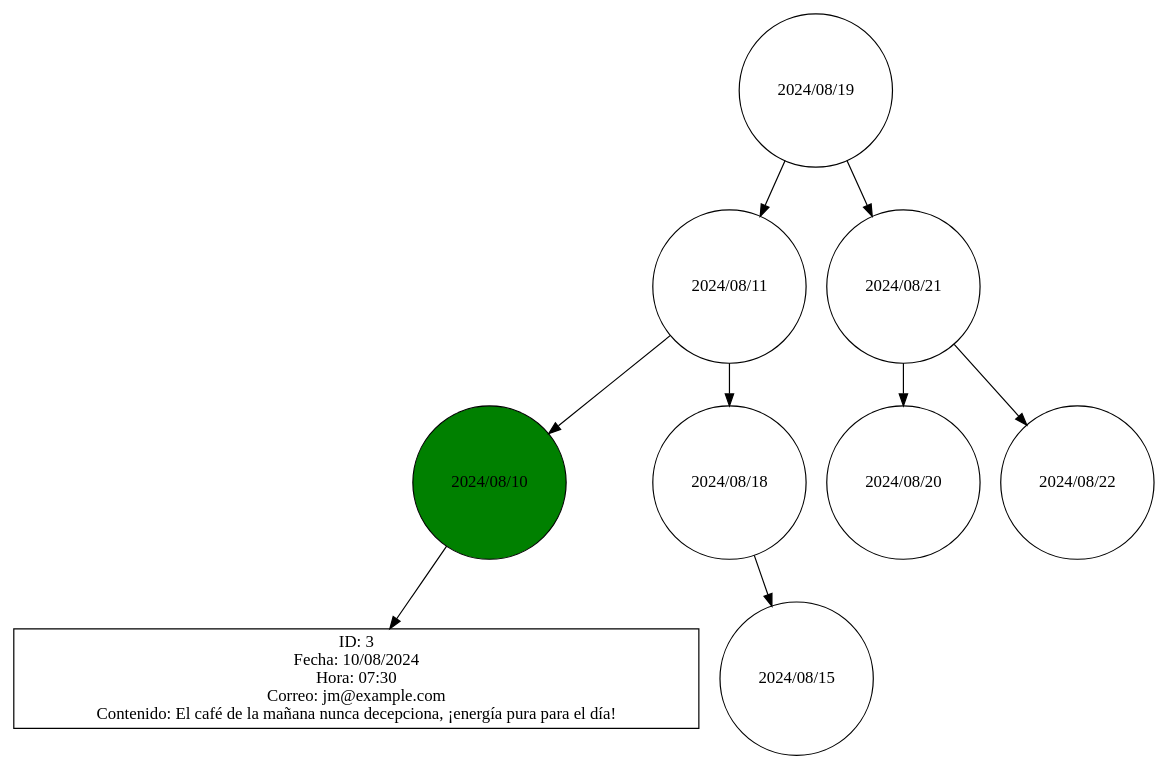
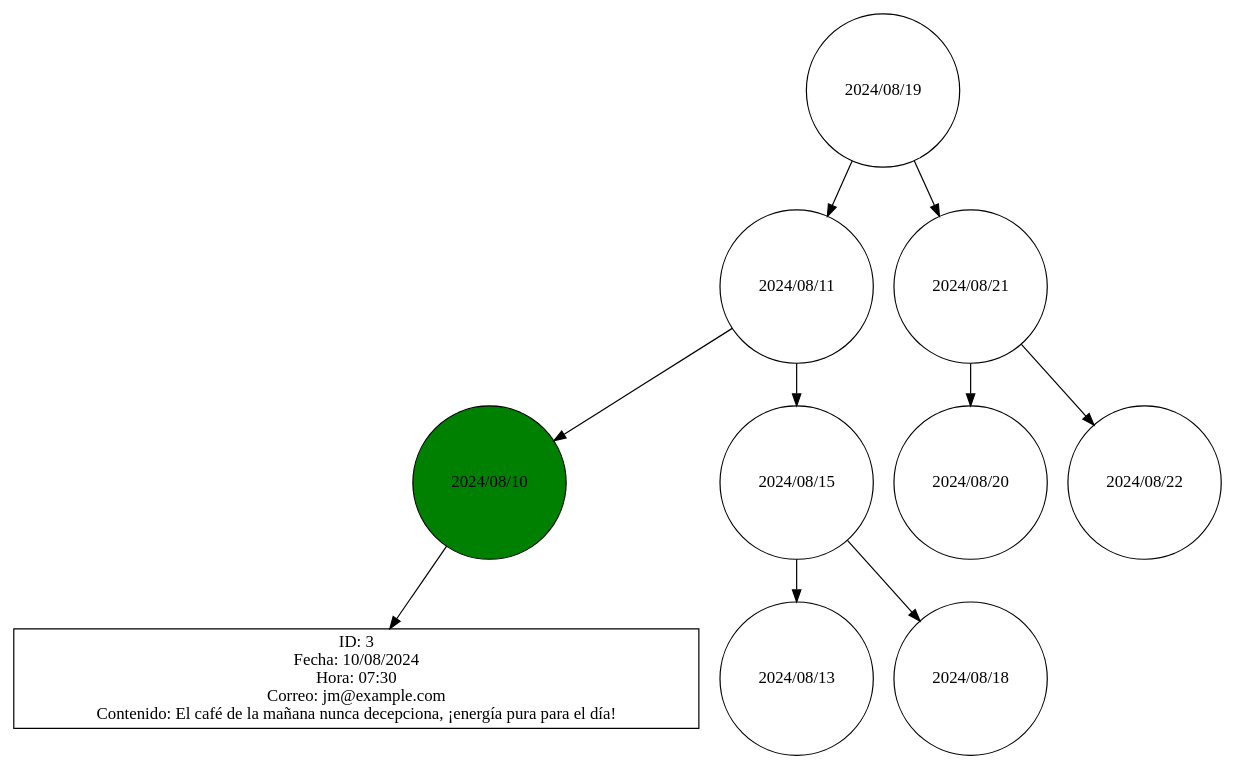
Before and after one commit to Kevin-alvarez1/PROYECTO_MULTIFASES_RED_SOCIAL: the diagram in Fase3/main/build/Desktop_Qt_6_7_2_MinGW_64_bit-Debug/ArbolBB.dot, drawn with Graphviz. The commit also changed 45 other files, not shown here.

```diff
--- a/Fase3/main/build/Desktop_Qt_6_7_2_MinGW_64_bit-Debug/ArbolBB.dot
+++ b/Fase3/main/build/Desktop_Qt_6_7_2_MinGW_64_bit-Debug/ArbolBB.dot
@@ -1,13 +1,14 @@
 digraph BSTTree {
 node [shape=circle];
 "2024/08/19" -> "2024/08/11";
 "2024/08/11" -> "2024/08/10";
 "2024/08/10" [style=filled, fillcolor=green];
 "pub_3" [shape=rectangle, label="ID: 3\nFecha: 10/08/2024\nHora: 07:30\nCorreo: jm@example.com\nContenido: El café de la mañana nunca decepciona, ¡energía pura para el día!"];
 "2024/08/10" -> "pub_3";
-"2024/08/11" -> "2024/08/18";
-"2024/08/18" -> "2024/08/15";
+"2024/08/11" -> "2024/08/15";
+"2024/08/15" -> "2024/08/13";
+"2024/08/15" -> "2024/08/18";
 "2024/08/19" -> "2024/08/21";
 "2024/08/21" -> "2024/08/20";
 "2024/08/21" -> "2024/08/22";
 }
```
